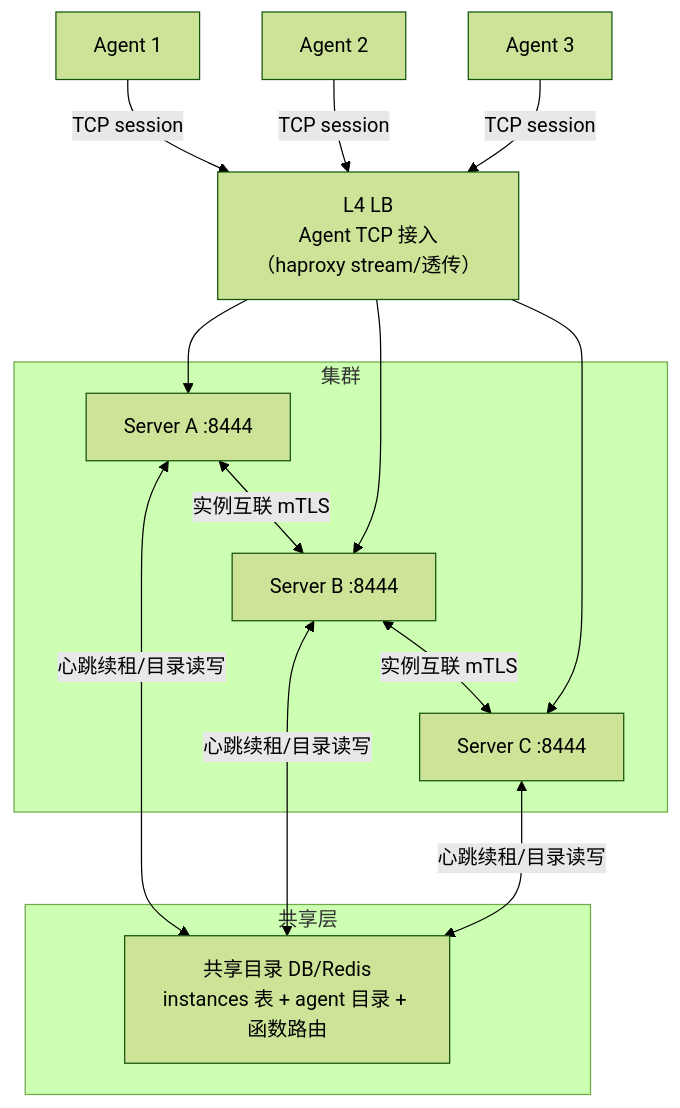
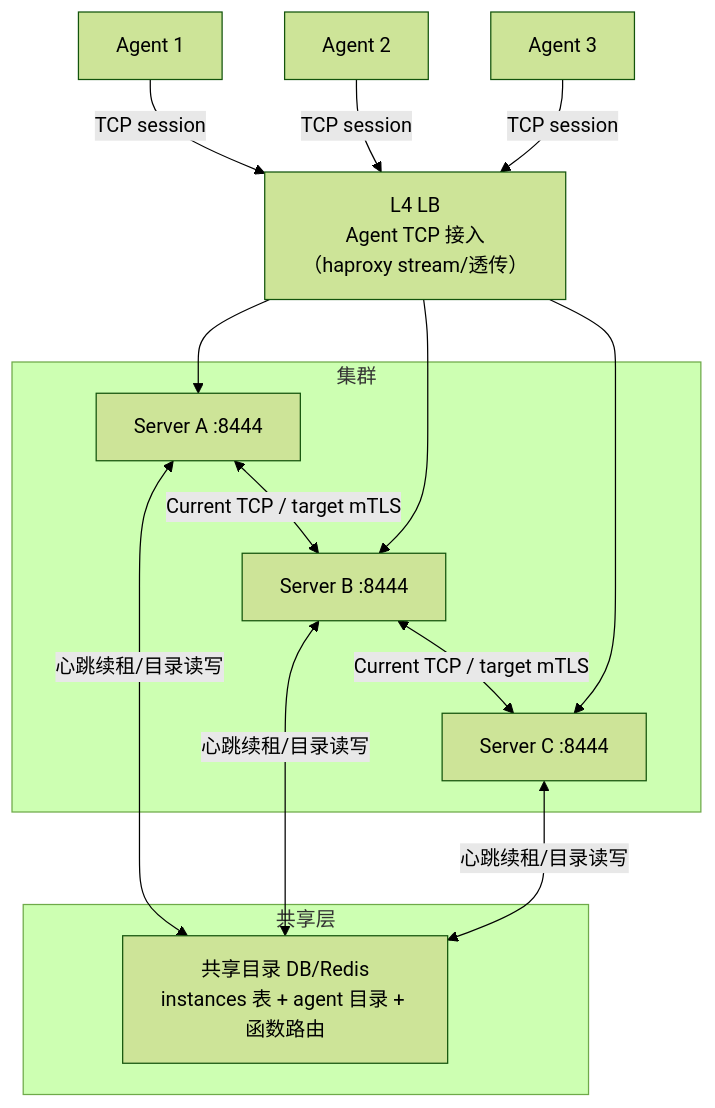
Before and after one commit to cuihairu/croupier: the diagram in docs/architecture/server-ha-multi-instance.md, drawn with Mermaid (forest theme). The commit also changed other lines of this file and 52 other files, not shown here.

Commit message:
docs: audit game-ops readiness and align analytics roadmap

````diff
--- a/docs/architecture/server-ha-multi-instance.md
+++ b/docs/architecture/server-ha-multi-instance.md
@@ -152,27 +152,27 @@
 ```mermaid
 graph TB
   subgraph 共享层
     DIR[共享目录 DB/Redis<br/>instances 表 + agent 目录 + 函数路由]
   end
   subgraph 集群
     SA[Server A :8444]
     SB[Server B :8444]
     SC[Server C :8444]
   end
   LB[L4 LB<br/>Agent TCP 接入<br/>（haproxy stream/透传）]
   AG1[Agent 1]
   AG2[Agent 2]
   AG3[Agent 3]
 
   SA <-->|心跳续租/目录读写| DIR
   SB <-->|心跳续租/目录读写| DIR
   SC <-->|心跳续租/目录读写| DIR
-  SA <-->|实例互联 mTLS| SB
-  SB <-->|实例互联 mTLS| SC
+  SA <-->|Current TCP / target mTLS| SB
+  SB <-->|Current TCP / target mTLS| SC
   AG1 -->|TCP session| LB
   AG2 -->|TCP session| LB
   AG3 -->|TCP session| LB
   LB --> SA
   LB --> SB
   LB --> SC
 ```
````
